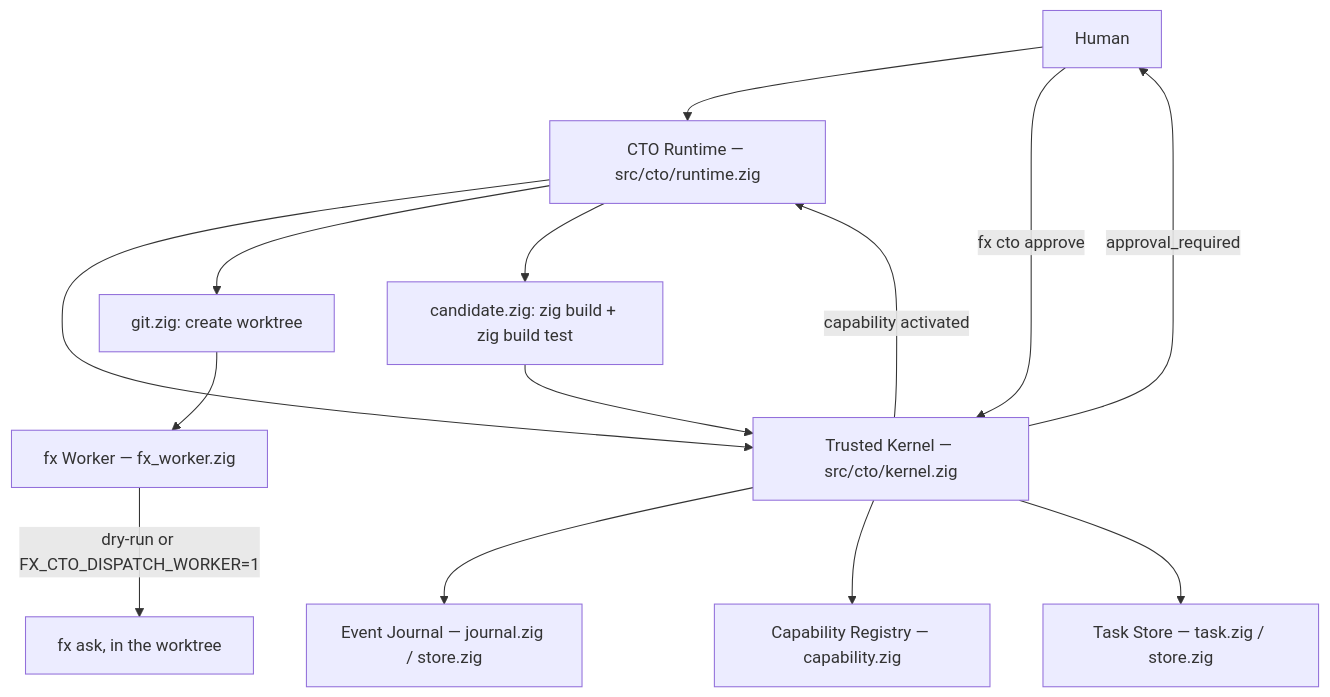
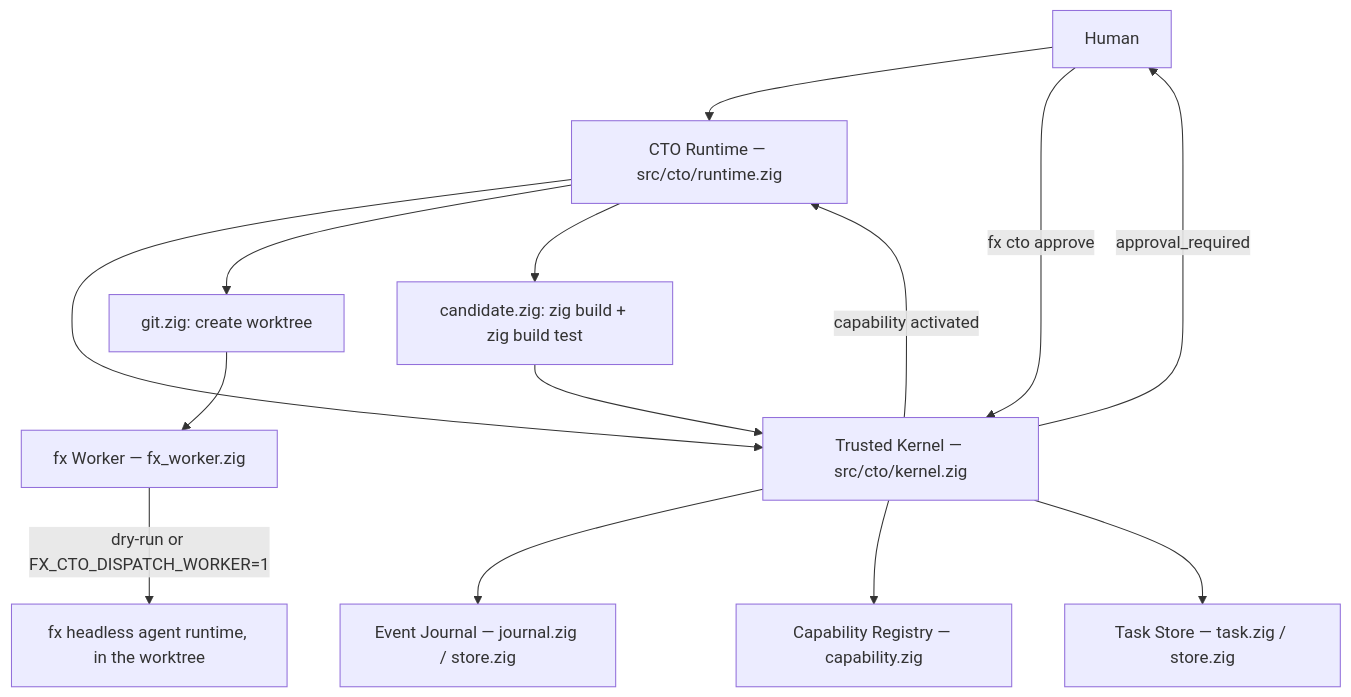
Before and after one commit to spacegauch0/fx: the diagram in docs/CTO_POC.md, drawn with Mermaid. The commit also changed other lines of this file and 6 other files, not shown here.

Commit message:
Wire CTO worker into fx agent runtime

````diff
--- a/docs/CTO_POC.md
+++ b/docs/CTO_POC.md
@@ -44,17 +44,17 @@
 ```mermaid
 flowchart TD
     H[Human] --> R[CTO Runtime — src/cto/runtime.zig]
     R --> K[Trusted Kernel — src/cto/kernel.zig]
     K --> J[Event Journal — journal.zig / store.zig]
     K --> C[Capability Registry — capability.zig]
     K --> T[Task Store — task.zig / store.zig]
 
     R --> G[git.zig: create worktree]
     G --> W[fx Worker — fx_worker.zig]
-    W -->|dry-run or FX_CTO_DISPATCH_WORKER=1| FX[fx ask, in the worktree]
+    W -->|dry-run or FX_CTO_DISPATCH_WORKER=1| FX[fx headless agent runtime, in the worktree]
     R --> V[candidate.zig: zig build + zig build test]
     V --> K
     K -->|approval_required| H
     H -->|fx cto approve| K
     K -->|capability activated| R
 ```
````
